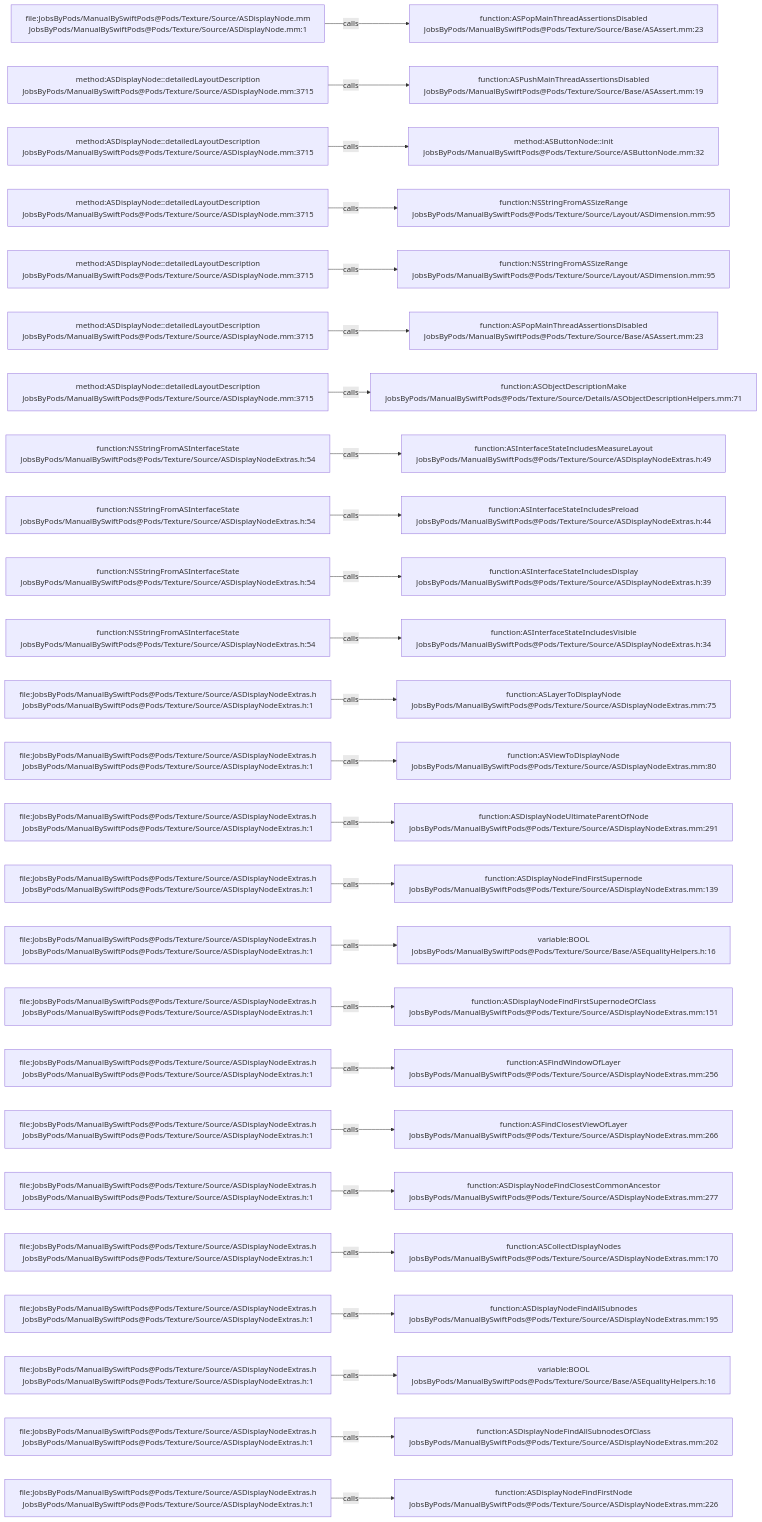
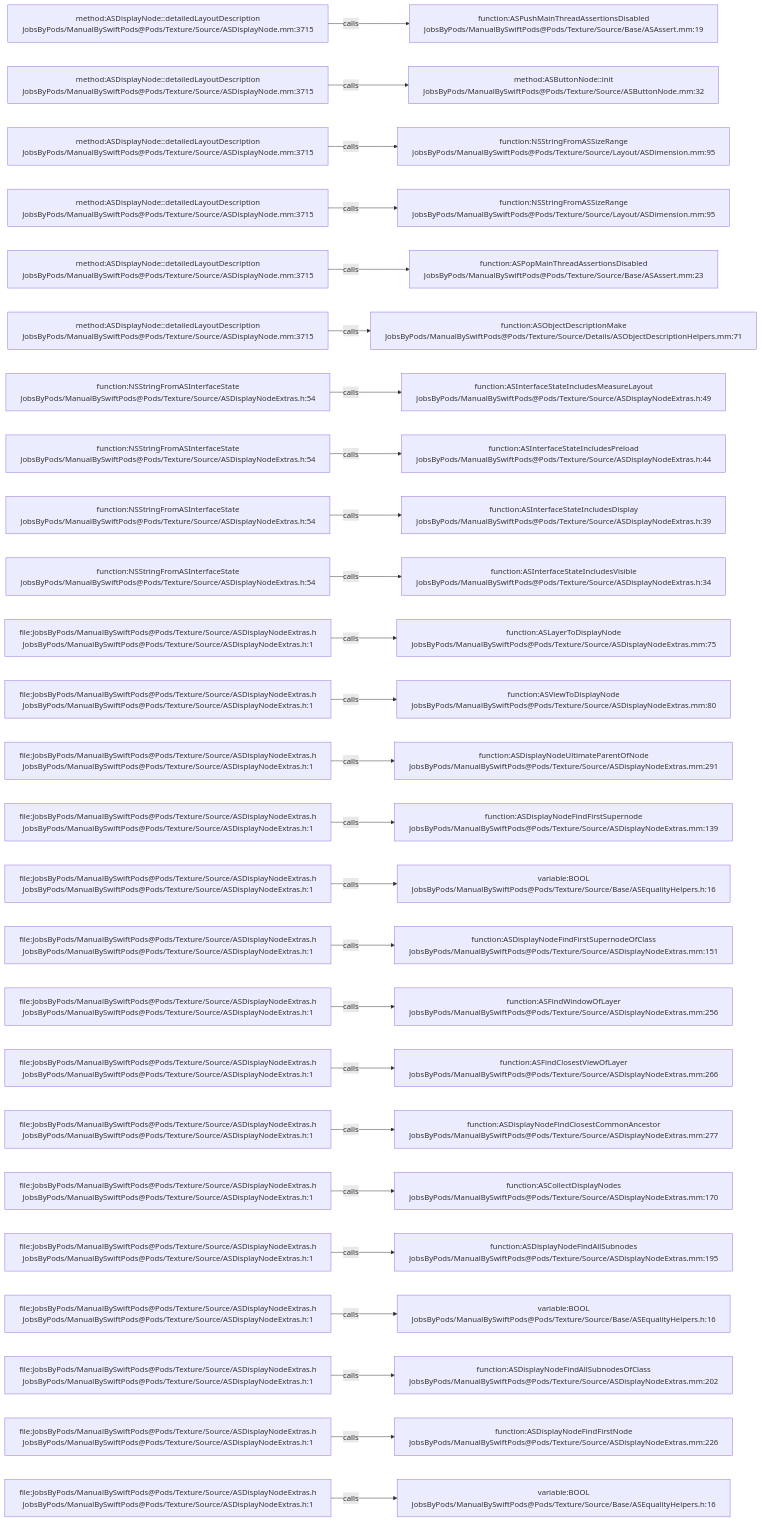
Before and after one commit to JobsKits/JobsSwiftBaseConfigDemo: the diagram in .codegraph/codegraph.md/graphs/calls-037.md, drawn with Mermaid. The commit also changed 747 other files, not shown here.

````diff
--- a/.codegraph/codegraph.md/graphs/calls-037.md
+++ b/.codegraph/codegraph.md/graphs/calls-037.md
@@ -13,78 +13,78 @@
 ```mermaid
 flowchart LR
-  S1["file:JobsByPods/ManualBySwiftPods@Pods/Texture/Source/ASDisplayNode.mm<br/>JobsByPods/ManualBySwiftPods@Pods/Texture/Source/ASDisplayNode.mm:1"]
-  T1["function:ASPopMainThreadAssertionsDisabled<br/>JobsByPods/ManualBySwiftPods@Pods/Texture/Source/Base/ASAssert.mm:23"]
+  S1["method:ASDisplayNode::detailedLayoutDescription<br/>JobsByPods/ManualBySwiftPods@Pods/Texture/Source/ASDisplayNode.mm:3715"]
+  T1["function:ASPushMainThreadAssertionsDisabled<br/>JobsByPods/ManualBySwiftPods@Pods/Texture/Source/Base/ASAssert.mm:19"]
   S1 -->|calls| T1
   S2["method:ASDisplayNode::detailedLayoutDescription<br/>JobsByPods/ManualBySwiftPods@Pods/Texture/Source/ASDisplayNode.mm:3715"]
-  T2["function:ASPushMainThreadAssertionsDisabled<br/>JobsByPods/ManualBySwiftPods@Pods/Texture/Source/Base/ASAssert.mm:19"]
+  T2["method:ASButtonNode::init<br/>JobsByPods/ManualBySwiftPods@Pods/Texture/Source/ASButtonNode.mm:32"]
   S2 -->|calls| T2
   S3["method:ASDisplayNode::detailedLayoutDescription<br/>JobsByPods/ManualBySwiftPods@Pods/Texture/Source/ASDisplayNode.mm:3715"]
-  T3["method:ASButtonNode::init<br/>JobsByPods/ManualBySwiftPods@Pods/Texture/Source/ASButtonNode.mm:32"]
+  T3["function:NSStringFromASSizeRange<br/>JobsByPods/ManualBySwiftPods@Pods/Texture/Source/Layout/ASDimension.mm:95"]
   S3 -->|calls| T3
   S4["method:ASDisplayNode::detailedLayoutDescription<br/>JobsByPods/ManualBySwiftPods@Pods/Texture/Source/ASDisplayNode.mm:3715"]
   T4["function:NSStringFromASSizeRange<br/>JobsByPods/ManualBySwiftPods@Pods/Texture/Source/Layout/ASDimension.mm:95"]
   S4 -->|calls| T4
   S5["method:ASDisplayNode::detailedLayoutDescription<br/>JobsByPods/ManualBySwiftPods@Pods/Texture/Source/ASDisplayNode.mm:3715"]
-  T5["function:NSStringFromASSizeRange<br/>JobsByPods/ManualBySwiftPods@Pods/Texture/Source/Layout/ASDimension.mm:95"]
+  T5["function:ASPopMainThreadAssertionsDisabled<br/>JobsByPods/ManualBySwiftPods@Pods/Texture/Source/Base/ASAssert.mm:23"]
   S5 -->|calls| T5
   S6["method:ASDisplayNode::detailedLayoutDescription<br/>JobsByPods/ManualBySwiftPods@Pods/Texture/Source/ASDisplayNode.mm:3715"]
-  T6["function:ASPopMainThreadAssertionsDisabled<br/>JobsByPods/ManualBySwiftPods@Pods/Texture/Source/Base/ASAssert.mm:23"]
+  T6["function:ASObjectDescriptionMake<br/>JobsByPods/ManualBySwiftPods@Pods/Texture/Source/Details/ASObjectDescriptionHelpers.mm:71"]
   S6 -->|calls| T6
-  S7["method:ASDisplayNode::detailedLayoutDescription<br/>JobsByPods/ManualBySwiftPods@Pods/Texture/Source/ASDisplayNode.mm:3715"]
-  T7["function:ASObjectDescriptionMake<br/>JobsByPods/ManualBySwiftPods@Pods/Texture/Source/Details/ASObjectDescriptionHelpers.mm:71"]
+  S7["function:NSStringFromASInterfaceState<br/>JobsByPods/ManualBySwiftPods@Pods/Texture/Source/ASDisplayNodeExtras.h:54"]
+  T7["function:ASInterfaceStateIncludesMeasureLayout<br/>JobsByPods/ManualBySwiftPods@Pods/Texture/Source/ASDisplayNodeExtras.h:49"]
   S7 -->|calls| T7
   S8["function:NSStringFromASInterfaceState<br/>JobsByPods/ManualBySwiftPods@Pods/Texture/Source/ASDisplayNodeExtras.h:54"]
-  T8["function:ASInterfaceStateIncludesMeasureLayout<br/>JobsByPods/ManualBySwiftPods@Pods/Texture/Source/ASDisplayNodeExtras.h:49"]
+  T8["function:ASInterfaceStateIncludesPreload<br/>JobsByPods/ManualBySwiftPods@Pods/Texture/Source/ASDisplayNodeExtras.h:44"]
   S8 -->|calls| T8
   S9["function:NSStringFromASInterfaceState<br/>JobsByPods/ManualBySwiftPods@Pods/Texture/Source/ASDisplayNodeExtras.h:54"]
-  T9["function:ASInterfaceStateIncludesPreload<br/>JobsByPods/ManualBySwiftPods@Pods/Texture/Source/ASDisplayNodeExtras.h:44"]
+  T9["function:ASInterfaceStateIncludesDisplay<br/>JobsByPods/ManualBySwiftPods@Pods/Texture/Source/ASDisplayNodeExtras.h:39"]
   S9 -->|calls| T9
   S10["function:NSStringFromASInterfaceState<br/>JobsByPods/ManualBySwiftPods@Pods/Texture/Source/ASDisplayNodeExtras.h:54"]
-  T10["function:ASInterfaceStateIncludesDisplay<br/>JobsByPods/ManualBySwiftPods@Pods/Texture/Source/ASDisplayNodeExtras.h:39"]
+  T10["function:ASInterfaceStateIncludesVisible<br/>JobsByPods/ManualBySwiftPods@Pods/Texture/Source/ASDisplayNodeExtras.h:34"]
   S10 -->|calls| T10
-  S11["function:NSStringFromASInterfaceState<br/>JobsByPods/ManualBySwiftPods@Pods/Texture/Source/ASDisplayNodeExtras.h:54"]
-  T11["function:ASInterfaceStateIncludesVisible<br/>JobsByPods/ManualBySwiftPods@Pods/Texture/Source/ASDisplayNodeExtras.h:34"]
+  S11["file:JobsByPods/ManualBySwiftPods@Pods/Texture/Source/ASDisplayNodeExtras.h<br/>JobsByPods/ManualBySwiftPods@Pods/Texture/Source/ASDisplayNodeExtras.h:1"]
+  T11["function:ASLayerToDisplayNode<br/>JobsByPods/ManualBySwiftPods@Pods/Texture/Source/ASDisplayNodeExtras.mm:75"]
   S11 -->|calls| T11
   S12["file:JobsByPods/ManualBySwiftPods@Pods/Texture/Source/ASDisplayNodeExtras.h<br/>JobsByPods/ManualBySwiftPods@Pods/Texture/Source/ASDisplayNodeExtras.h:1"]
-  T12["function:ASLayerToDisplayNode<br/>JobsByPods/ManualBySwiftPods@Pods/Texture/Source/ASDisplayNodeExtras.mm:75"]
+  T12["function:ASViewToDisplayNode<br/>JobsByPods/ManualBySwiftPods@Pods/Texture/Source/ASDisplayNodeExtras.mm:80"]
   S12 -->|calls| T12
   S13["file:JobsByPods/ManualBySwiftPods@Pods/Texture/Source/ASDisplayNodeExtras.h<br/>JobsByPods/ManualBySwiftPods@Pods/Texture/Source/ASDisplayNodeExtras.h:1"]
-  T13["function:ASViewToDisplayNode<br/>JobsByPods/ManualBySwiftPods@Pods/Texture/Source/ASDisplayNodeExtras.mm:80"]
+  T13["function:ASDisplayNodeUltimateParentOfNode<br/>JobsByPods/ManualBySwiftPods@Pods/Texture/Source/ASDisplayNodeExtras.mm:291"]
   S13 -->|calls| T13
   S14["file:JobsByPods/ManualBySwiftPods@Pods/Texture/Source/ASDisplayNodeExtras.h<br/>JobsByPods/ManualBySwiftPods@Pods/Texture/Source/ASDisplayNodeExtras.h:1"]
-  T14["function:ASDisplayNodeUltimateParentOfNode<br/>JobsByPods/ManualBySwiftPods@Pods/Texture/Source/ASDisplayNodeExtras.mm:291"]
+  T14["function:ASDisplayNodeFindFirstSupernode<br/>JobsByPods/ManualBySwiftPods@Pods/Texture/Source/ASDisplayNodeExtras.mm:139"]
   S14 -->|calls| T14
   S15["file:JobsByPods/ManualBySwiftPods@Pods/Texture/Source/ASDisplayNodeExtras.h<br/>JobsByPods/ManualBySwiftPods@Pods/Texture/Source/ASDisplayNodeExtras.h:1"]
-  T15["function:ASDisplayNodeFindFirstSupernode<br/>JobsByPods/ManualBySwiftPods@Pods/Texture/Source/ASDisplayNodeExtras.mm:139"]
+  T15["variable:BOOL<br/>JobsByPods/ManualBySwiftPods@Pods/Texture/Source/Base/ASEqualityHelpers.h:16"]
   S15 -->|calls| T15
   S16["file:JobsByPods/ManualBySwiftPods@Pods/Texture/Source/ASDisplayNodeExtras.h<br/>JobsByPods/ManualBySwiftPods@Pods/Texture/Source/ASDisplayNodeExtras.h:1"]
-  T16["variable:BOOL<br/>JobsByPods/ManualBySwiftPods@Pods/Texture/Source/Base/ASEqualityHelpers.h:16"]
+  T16["function:ASDisplayNodeFindFirstSupernodeOfClass<br/>JobsByPods/ManualBySwiftPods@Pods/Texture/Source/ASDisplayNodeExtras.mm:151"]
   S16 -->|calls| T16
   S17["file:JobsByPods/ManualBySwiftPods@Pods/Texture/Source/ASDisplayNodeExtras.h<br/>JobsByPods/ManualBySwiftPods@Pods/Texture/Source/ASDisplayNodeExtras.h:1"]
-  T17["function:ASDisplayNodeFindFirstSupernodeOfClass<br/>JobsByPods/ManualBySwiftPods@Pods/Texture/Source/ASDisplayNodeExtras.mm:151"]
+  T17["function:ASFindWindowOfLayer<br/>JobsByPods/ManualBySwiftPods@Pods/Texture/Source/ASDisplayNodeExtras.mm:256"]
   S17 -->|calls| T17
   S18["file:JobsByPods/ManualBySwiftPods@Pods/Texture/Source/ASDisplayNodeExtras.h<br/>JobsByPods/ManualBySwiftPods@Pods/Texture/Source/ASDisplayNodeExtras.h:1"]
-  T18["function:ASFindWindowOfLayer<br/>JobsByPods/ManualBySwiftPods@Pods/Texture/Source/ASDisplayNodeExtras.mm:256"]
+  T18["function:ASFindClosestViewOfLayer<br/>JobsByPods/ManualBySwiftPods@Pods/Texture/Source/ASDisplayNodeExtras.mm:266"]
   S18 -->|calls| T18
   S19["file:JobsByPods/ManualBySwiftPods@Pods/Texture/Source/ASDisplayNodeExtras.h<br/>JobsByPods/ManualBySwiftPods@Pods/Texture/Source/ASDisplayNodeExtras.h:1"]
-  T19["function:ASFindClosestViewOfLayer<br/>JobsByPods/ManualBySwiftPods@Pods/Texture/Source/ASDisplayNodeExtras.mm:266"]
+  T19["function:ASDisplayNodeFindClosestCommonAncestor<br/>JobsByPods/ManualBySwiftPods@Pods/Texture/Source/ASDisplayNodeExtras.mm:277"]
   S19 -->|calls| T19
   S20["file:JobsByPods/ManualBySwiftPods@Pods/Texture/Source/ASDisplayNodeExtras.h<br/>JobsByPods/ManualBySwiftPods@Pods/Texture/Source/ASDisplayNodeExtras.h:1"]
-  T20["function:ASDisplayNodeFindClosestCommonAncestor<br/>JobsByPods/ManualBySwiftPods@Pods/Texture/Source/ASDisplayNodeExtras.mm:277"]
+  T20["function:ASCollectDisplayNodes<br/>JobsByPods/ManualBySwiftPods@Pods/Texture/Source/ASDisplayNodeExtras.mm:170"]
   S20 -->|calls| T20
   S21["file:JobsByPods/ManualBySwiftPods@Pods/Texture/Source/ASDisplayNodeExtras.h<br/>JobsByPods/ManualBySwiftPods@Pods/Texture/Source/ASDisplayNodeExtras.h:1"]
-  T21["function:ASCollectDisplayNodes<br/>JobsByPods/ManualBySwiftPods@Pods/Texture/Source/ASDisplayNodeExtras.mm:170"]
+  T21["function:ASDisplayNodeFindAllSubnodes<br/>JobsByPods/ManualBySwiftPods@Pods/Texture/Source/ASDisplayNodeExtras.mm:195"]
   S21 -->|calls| T21
   S22["file:JobsByPods/ManualBySwiftPods@Pods/Texture/Source/ASDisplayNodeExtras.h<br/>JobsByPods/ManualBySwiftPods@Pods/Texture/Source/ASDisplayNodeExtras.h:1"]
-  T22["function:ASDisplayNodeFindAllSubnodes<br/>JobsByPods/ManualBySwiftPods@Pods/Texture/Source/ASDisplayNodeExtras.mm:195"]
+  T22["variable:BOOL<br/>JobsByPods/ManualBySwiftPods@Pods/Texture/Source/Base/ASEqualityHelpers.h:16"]
   S22 -->|calls| T22
   S23["file:JobsByPods/ManualBySwiftPods@Pods/Texture/Source/ASDisplayNodeExtras.h<br/>JobsByPods/ManualBySwiftPods@Pods/Texture/Source/ASDisplayNodeExtras.h:1"]
-  T23["variable:BOOL<br/>JobsByPods/ManualBySwiftPods@Pods/Texture/Source/Base/ASEqualityHelpers.h:16"]
+  T23["function:ASDisplayNodeFindAllSubnodesOfClass<br/>JobsByPods/ManualBySwiftPods@Pods/Texture/Source/ASDisplayNodeExtras.mm:202"]
   S23 -->|calls| T23
   S24["file:JobsByPods/ManualBySwiftPods@Pods/Texture/Source/ASDisplayNodeExtras.h<br/>JobsByPods/ManualBySwiftPods@Pods/Texture/Source/ASDisplayNodeExtras.h:1"]
-  T24["function:ASDisplayNodeFindAllSubnodesOfClass<br/>JobsByPods/ManualBySwiftPods@Pods/Texture/Source/ASDisplayNodeExtras.mm:202"]
+  T24["function:ASDisplayNodeFindFirstNode<br/>JobsByPods/ManualBySwiftPods@Pods/Texture/Source/ASDisplayNodeExtras.mm:226"]
   S24 -->|calls| T24
   S25["file:JobsByPods/ManualBySwiftPods@Pods/Texture/Source/ASDisplayNodeExtras.h<br/>JobsByPods/ManualBySwiftPods@Pods/Texture/Source/ASDisplayNodeExtras.h:1"]
-  T25["function:ASDisplayNodeFindFirstNode<br/>JobsByPods/ManualBySwiftPods@Pods/Texture/Source/ASDisplayNodeExtras.mm:226"]
+  T25["variable:BOOL<br/>JobsByPods/ManualBySwiftPods@Pods/Texture/Source/Base/ASEqualityHelpers.h:16"]
   S25 -->|calls| T25
 ```
````
